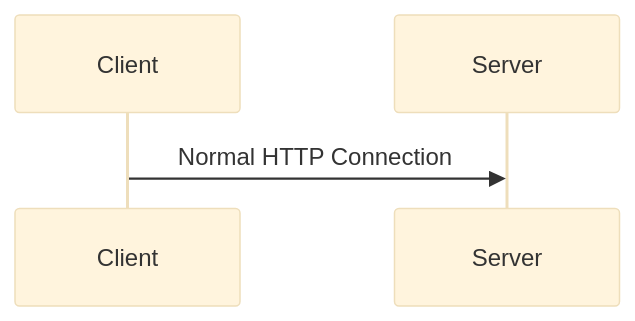
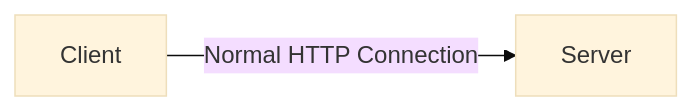
One commit to shubham21155102/nginx-docker changed the first of 4 diagrams in NGINX.MD. Above: the diagram before and after it, drawn with Mermaid (base theme). The commit also changed other lines of this file, not shown here.

````diff
--- a/NGINX.MD
+++ b/NGINX.MD
@@ -20,4 +20,4 @@
 ```mermaid
-sequenceDiagram
-    Client->>Server: Normal HTTP Connection
+   graph LR
+    A[Client] -- Normal HTTP Connection --> B[Server]
 ```
````
